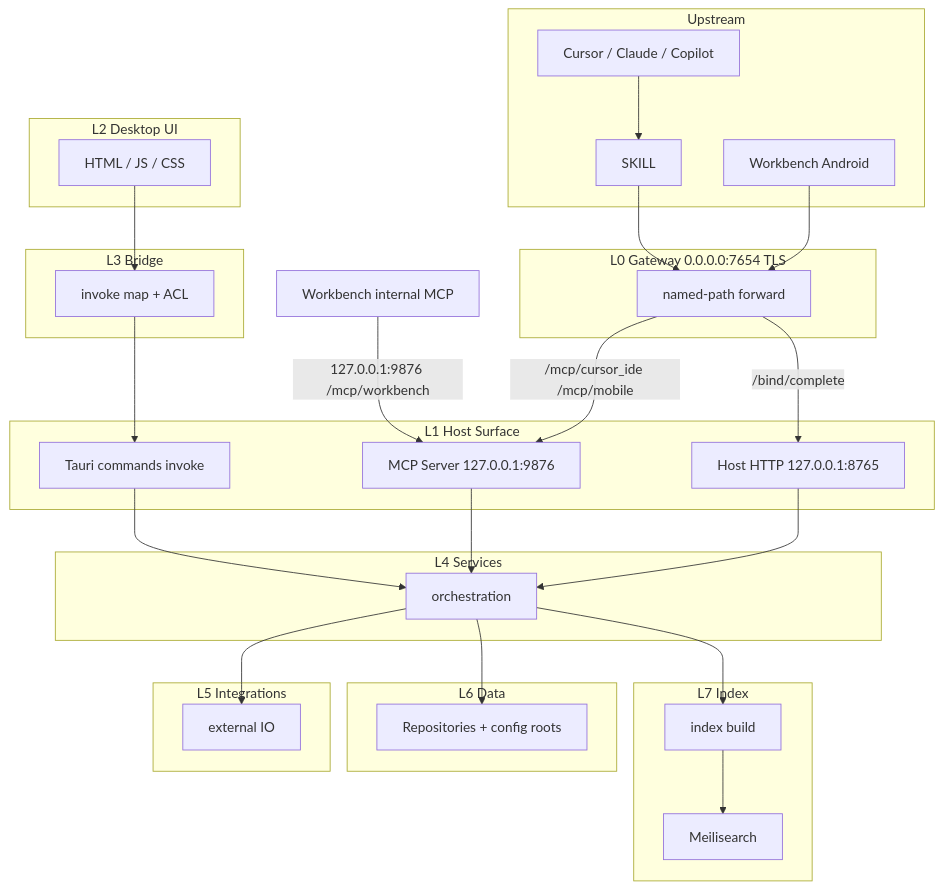
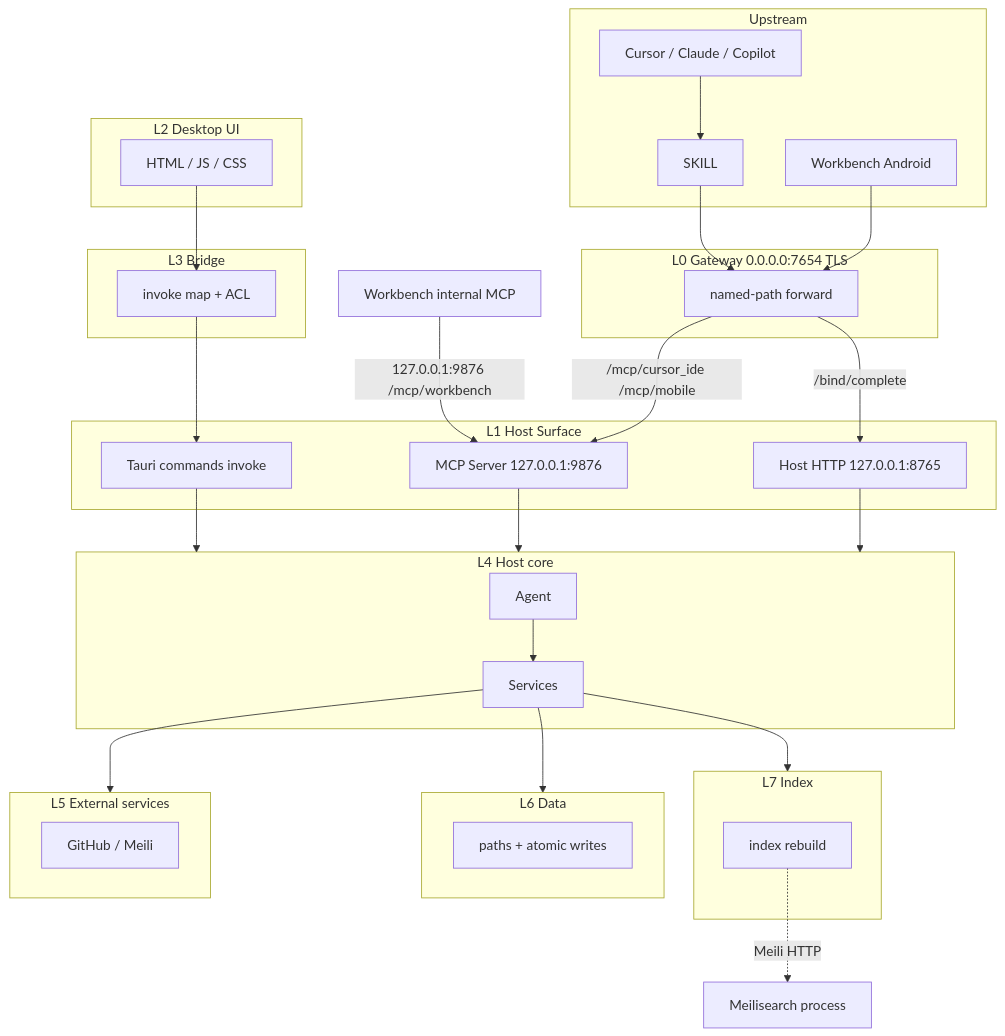
One commit to lulufoo/lulu-spark changed the diagram in docs/architecture/arch-layer-constraints.md. Above: the diagram before and after it, drawn with Mermaid. The commit also changed other lines of this file, not shown here.

Commit message:
docs(architecture): split L4 Host core and retarget L5–L7

````diff
--- a/docs/architecture/arch-layer-constraints.md
+++ b/docs/architecture/arch-layer-constraints.md
@@ -9,55 +9,61 @@
 ```mermaid
 flowchart TB
   subgraph UP["Upstream"]
     IDE[Cursor / Claude / Copilot]
     SKILL[SKILL]
     AND[Workbench Android]
   end
 
   subgraph L0["L0 Gateway  0.0.0.0:7654 TLS"]
     GW[named-path forward]
   end
 
   subgraph L2["L2 Desktop UI"]
     UI[HTML / JS / CSS]
   end
 
   subgraph L3["L3 Bridge"]
     BR[invoke map + ACL]
   end
 
   subgraph L1["L1 Host Surface"]
     MCP["MCP Server  127.0.0.1:9876"]
     HTTP["Host HTTP  127.0.0.1:8765"]
     CMD["Tauri commands  invoke"]
   end
 
-  subgraph L4["L4 Services"]
-    SVC[orchestration]
+  subgraph L4["L4 Host core"]
+    AGT[Agent]
+    SVC[Services]
   end
 
-  subgraph L5["L5 Integrations"]
-    INT[external IO]
+  subgraph L5["L5 External services"]
+    INT[GitHub / Meili]
   end
 
   subgraph L6["L6 Data"]
-    REPO[Repositories + config roots]
+    REPO[paths + atomic writes]
   end
 
   subgraph L7["L7 Index"]
-    IDX[index build]
-    MEILI[Meilisearch]
+    IDX[index rebuild]
   end
 
   INTMCP[Workbench internal MCP]
+  MEILI[Meilisearch process]
 
   IDE --> SKILL --> GW
   AND --> GW
-  GW -->|/mcp/cursor_ide /mcp/mobile| MCP --> SVC
-  GW -->|/bind/complete| HTTP --> SVC
+  GW -->|/mcp/cursor_ide /mcp/mobile| MCP
+  GW -->|/bind/complete| HTTP
   INTMCP -->|127.0.0.1:9876 /mcp/workbench| MCP
-  UI --> BR --> CMD --> SVC
-  SVC --> INT
-  SVC --> REPO
-  SVC --> IDX --> MEILI
+  UI --> BR --> CMD
+  MCP --> L4
+  HTTP --> L4
+  CMD --> L4
+  AGT --> SVC
+  SVC --> L5
+  SVC --> L6
+  SVC --> L7
+  IDX -.->|Meili HTTP| MEILI
 ```
````
